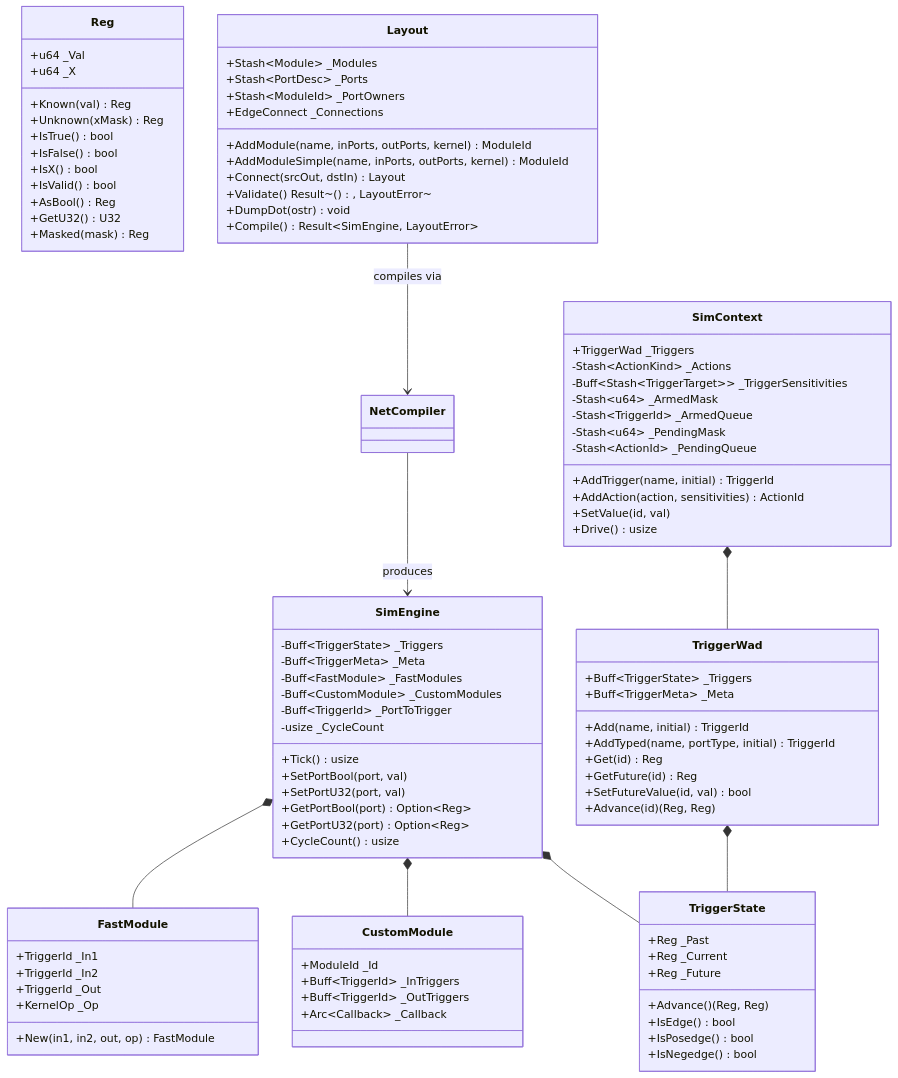
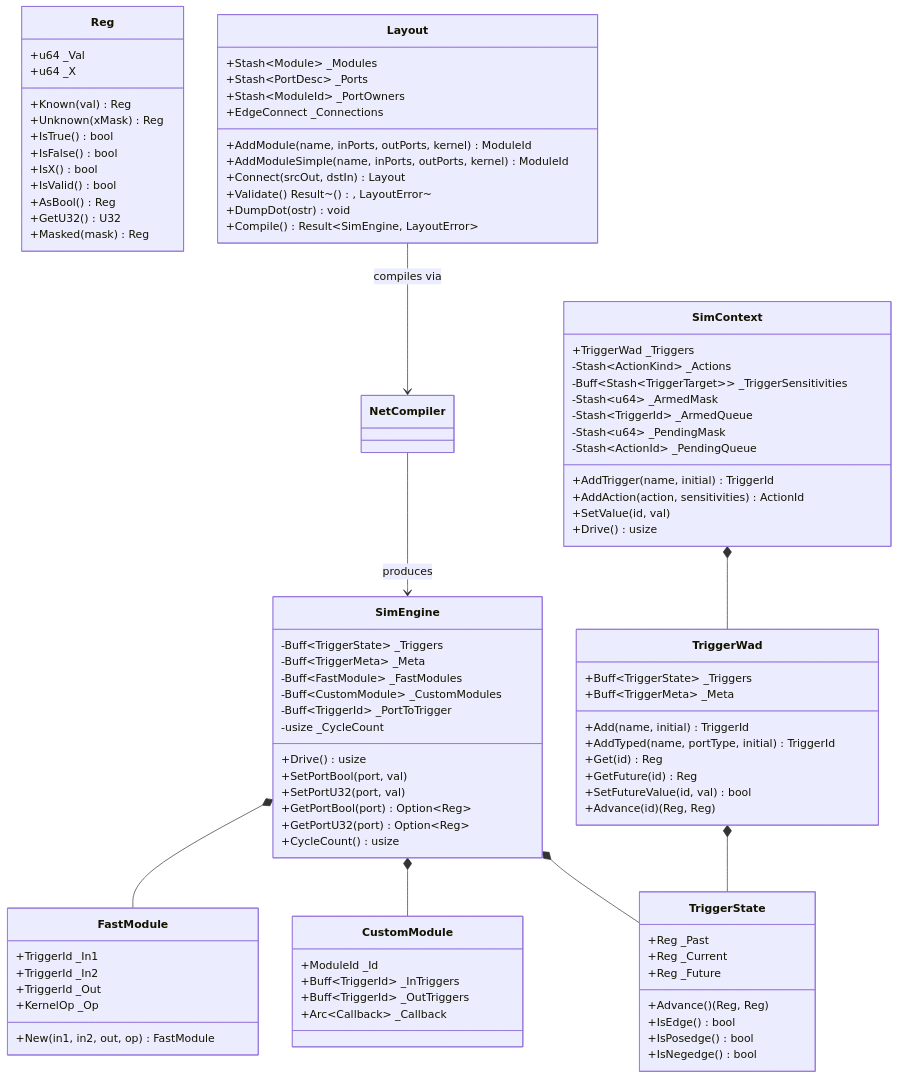
The diagram in wiki/Rube.md (jswarup/Kosh), drawn with Mermaid before and after one commit. The commit also changed other lines of this file and 7 other files, not shown here.

```diff
--- a/wiki/Rube.md
+++ b/wiki/Rube.md
@@ -89,7 +89,7 @@
         -Buff~CustomModule~ _CustomModules
         -Buff~TriggerId~ _PortToTrigger
         -usize _CycleCount
-        +Tick() usize
+        +Drive() usize
         +SetPortBool(port, val)
         +SetPortU32(port, val)
         +GetPortBool(port) Option~Reg~
```
